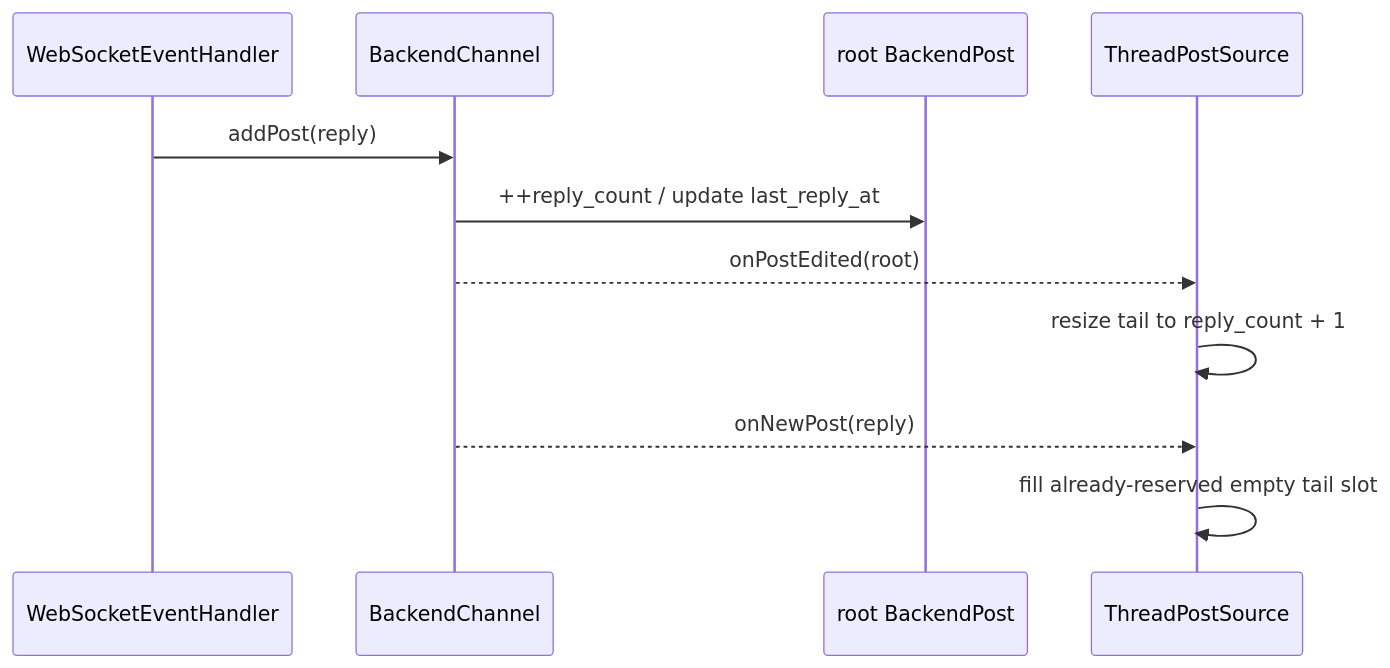
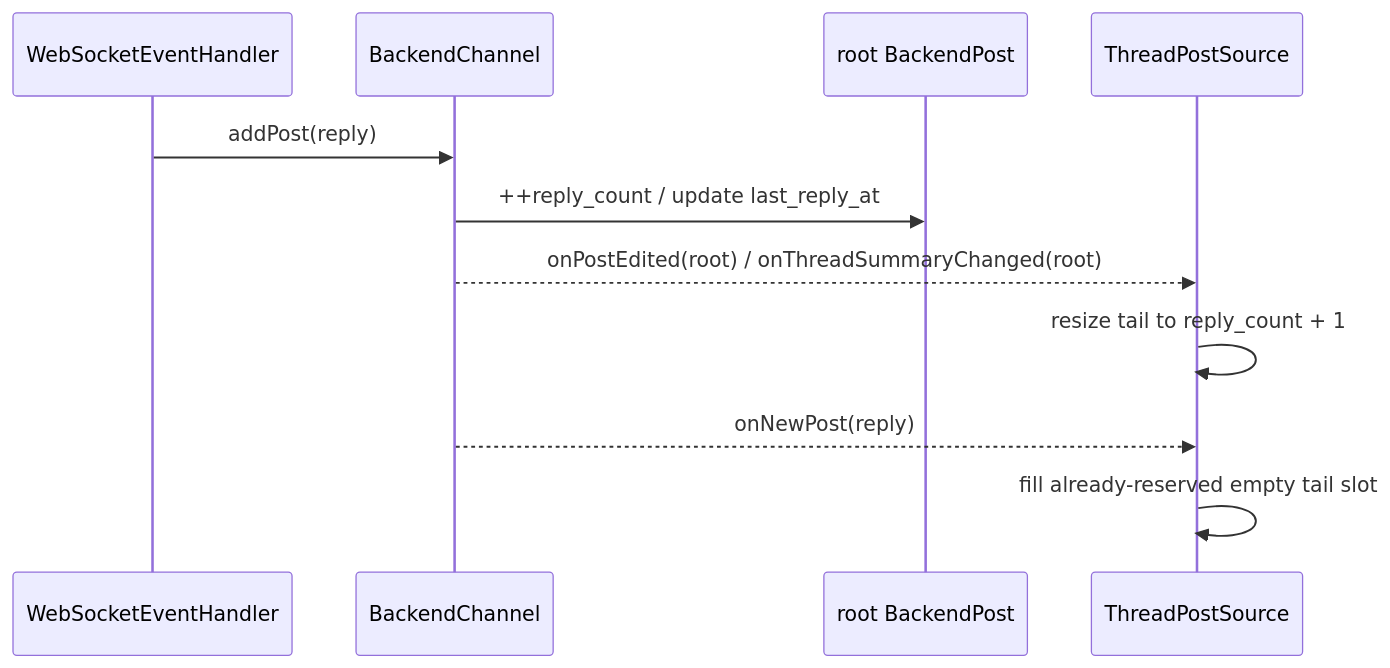
One commit to Ri0n/mattermost-qt changed the second of 2 diagrams in docs/post-source-architecture.md. Above: the diagram before and after it, drawn with Mermaid. The commit also changed other lines of this file and 16 other files, not shown here.

First line of the commit message:
Make live threads and timeline paging demand-aware (#46)

````diff
--- a/docs/post-source-architecture.md
+++ b/docs/post-source-architecture.md
@@ -201,14 +292,14 @@
 ```mermaid
 sequenceDiagram
     participant WS as WebSocketEventHandler
     participant BC as BackendChannel
     participant Root as root BackendPost
     participant TS as ThreadPostSource
 
     WS->>BC: addPost(reply)
     BC->>Root: ++reply_count / update last_reply_at
-    BC-->>TS: onPostEdited(root)
+    BC-->>TS: onPostEdited(root) / onThreadSummaryChanged(root)
     TS->>TS: resize tail to reply_count + 1
     BC-->>TS: onNewPost(reply)
     TS->>TS: fill already-reserved empty tail slot
 ```
````
